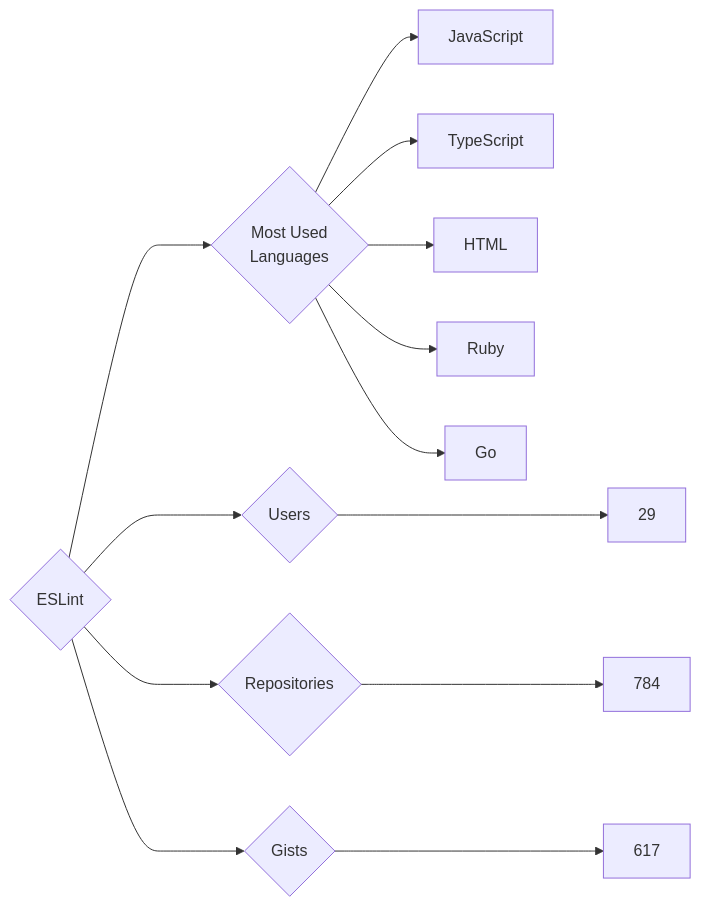
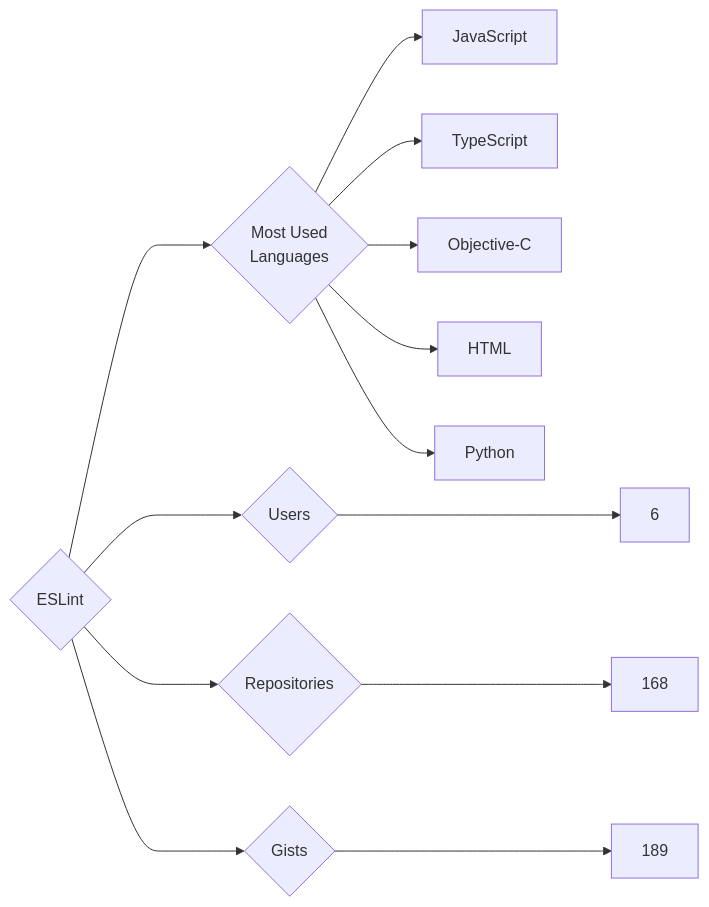
One commit to trickest/insiders changed the diagram in targets/ESLint/README.md. Above: the diagram before and after it, drawn with Mermaid. The commit also changed 872 other files, not shown here.

````diff
--- a/targets/ESLint/README.md
+++ b/targets/ESLint/README.md
@@ -3,13 +3,13 @@
 ```mermaid
 graph LR
 COMPANY_NAME{ESLint}
-COMPANY_NAME ---> U{Users} ---> UN[29]
-COMPANY_NAME ---> R{Repositories} ---> RN[784]
-COMPANY_NAME ---> G{Gists} ---> GN[617]
+COMPANY_NAME ---> U{Users} ---> UN[6]
+COMPANY_NAME ---> R{Repositories} ---> RN[168]
+COMPANY_NAME ---> G{Gists} ---> GN[189]
 COMPANY_NAME ---> ML{Most Used<br>Languages}
 ML --> JavaScript[JavaScript]
 ML --> TypeScript[TypeScript]
+ML --> Objective-C[Objective-C]
 ML --> HTML[HTML]
-ML --> Ruby[Ruby]
-ML --> Go[Go]
+ML --> Python[Python]
 ```
````
